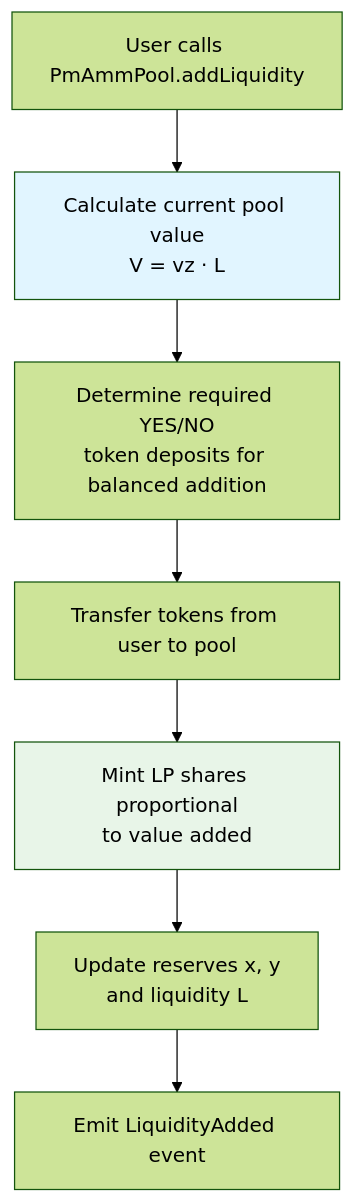
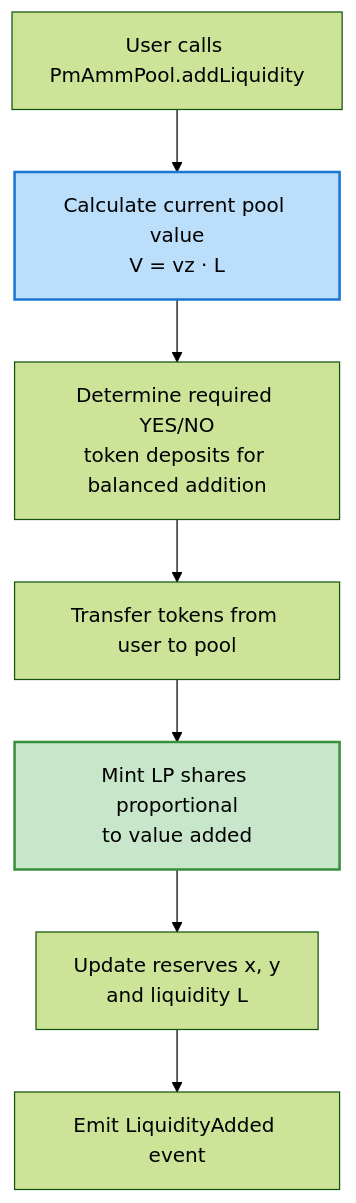
One commit to Sarnav07/omniverse changed the second of 5 diagrams in README.md. Above: the diagram before and after it, drawn with Mermaid (forest theme). The commit also changed other lines of this file, not shown here.

First line of the commit message:
docs: improve Mermaid diagram contrast with darker colors

````diff
--- a/README.md
+++ b/README.md
@@ -348,12 +348,12 @@
 ```mermaid
 flowchart TD
     A[User calls PmAmmPool.addLiquidity] --> B[Calculate current pool value<br/>V = vz · L]
     B --> C[Determine required YES/NO<br/>token deposits for balanced addition]
     C --> D[Transfer tokens from user to pool]
     D --> E[Mint LP shares proportional<br/>to value added]
     E --> F[Update reserves x, y<br/>and liquidity L]
     F --> G[Emit LiquidityAdded event]
     
-    style B fill:#e1f5ff
-    style E fill:#e8f5e8
+    style B fill:#bbdefb,stroke:#1976d2,stroke-width:2px,color:#000
+    style E fill:#c8e6c9,stroke:#388e3c,stroke-width:2px,color:#000
 ```
````
